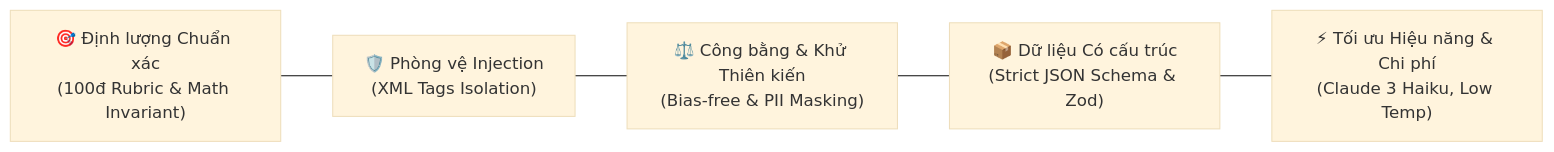
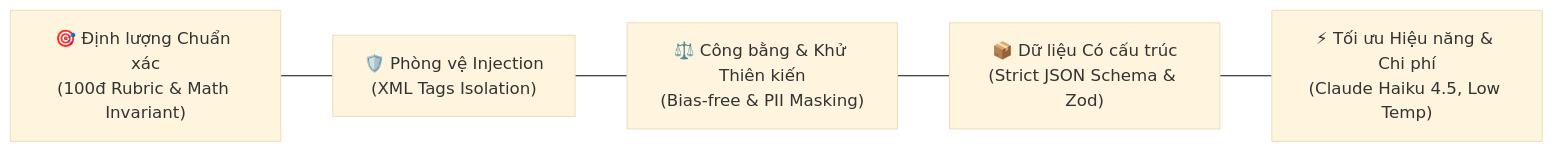
Before and after one commit to NguyenThanhTin235/aws-ai-cv-screening: the first of 2 diagrams in docs/software/08-ai-prompt-specification.md, drawn with Mermaid (base theme). The commit also changed other lines of this file and 15 other files, not shown here.

Commit message:
docs: complete Phase 0 deliverables with test plan, cost estimation, and v12.0 architecture sync

````diff
--- a/docs/software/08-ai-prompt-specification.md
+++ b/docs/software/08-ai-prompt-specification.md
@@ -13,7 +13,7 @@
 ```mermaid
 flowchart LR
     A["🎯 Định lượng Chuẩn xác<br/>(100đ Rubric & Math Invariant)"] --- B["🛡️ Phòng vệ Injection<br/>(XML Tags Isolation)"]
     B --- C["⚖️ Công bằng & Khử Thiên kiến<br/>(Bias-free & PII Masking)"]
     C --- D["📦 Dữ liệu Có cấu trúc<br/>(Strict JSON Schema & Zod)"]
-    D --- E["⚡ Tối ưu Hiệu năng & Chi phí<br/>(Claude 3 Haiku, Low Temp)"]
+    D --- E["⚡ Tối ưu Hiệu năng & Chi phí<br/>(Claude Haiku 4.5, Low Temp)"]
 ```
````
